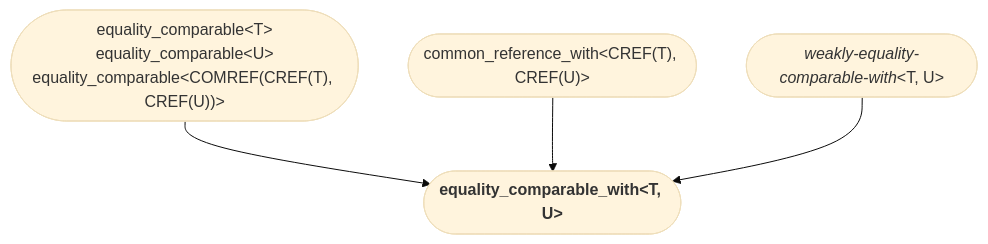
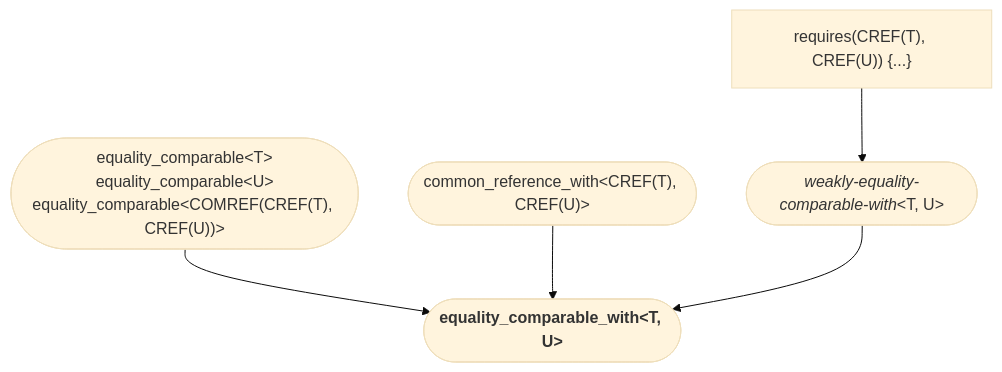
One commit to yohhoy/cpp-concepts changed diagram 16 of 27 in README.md. Above: the diagram before and after it, drawn with Mermaid (base theme). The commit also changed other lines of this file, not shown here.

Commit message:
expand weakly-equality-comparable-with

````diff
--- a/README.md
+++ b/README.md
@@ -191,7 +187,9 @@
 ```mermaid
 graph TD
+    %% std::weakly-equality-comparable-with<T, U>
+    AC["requires(CREF(T), CREF(U)) {...}"] --> weakly-equality-comparable-with(["<i>weakly-equality-comparable-with</i>&lt;T, U&gt;"]);
     %% std::equality_comparable_with<T, U>
     equality_comparable(["equality_comparable&lt;T&gt;<br>equality_comparable&lt;U&gt;<br>equality_comparable&lt;COMREF(CREF(T), CREF(U))&gt;"]) --> equality_comparable_with(["<b>equality_comparable_with&lt;T, U&gt;</b>"]);
     common_reference_with(["common_reference_with&lt;CREF(T), CREF(U)&gt;"]) --> equality_comparable_with;
-    wecw(["<i>weakly-equality-comparable-with</i>&lt;T, U&gt;"]) --> equality_comparable_with;
+    weakly-equality-comparable-with --> equality_comparable_with;
 ```
````
